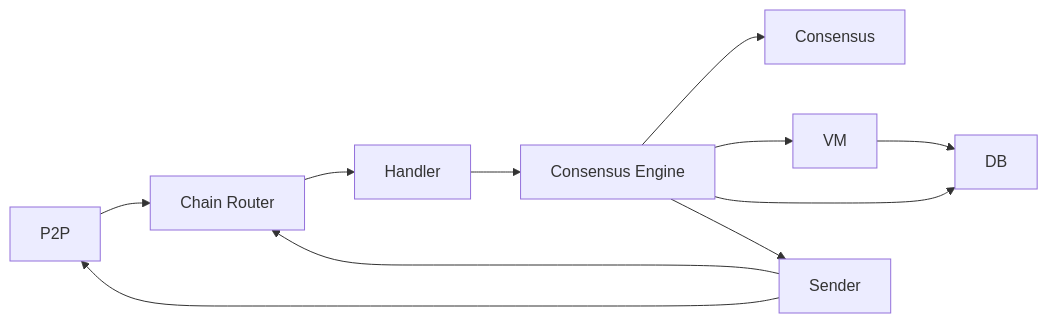
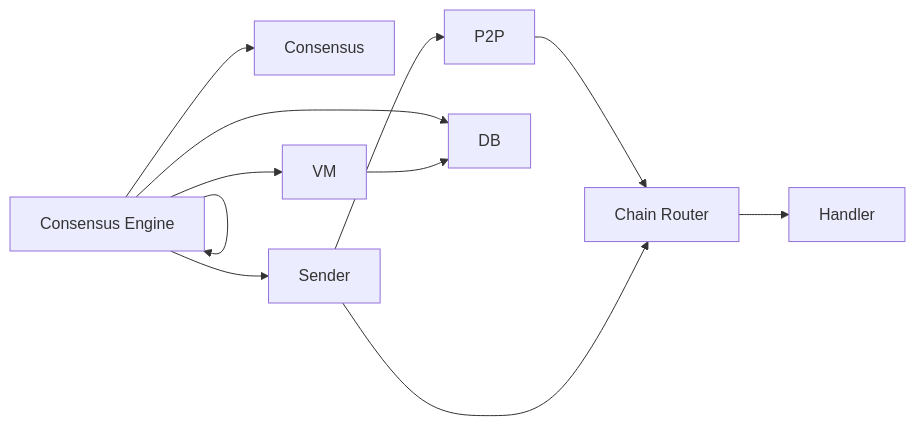
Before and after one commit to DioneProtocol/odysseygo: the diagram in snow/README.md, drawn with Mermaid. The commit also changed other lines of this file and 601 other files, not shown here.

````diff
--- a/snow/README.md
+++ b/snow/README.md
@@ -3,13 +3,13 @@
 ```mermaid
 graph LR
     A[P2P] --> B[Chain Router]
     B --> C[Handler]
-    C --> D[Consensus Engine]
+    D --> D[Consensus Engine]
     D --> E[Consensus]
     D --> F[VM]
     D --> G[DB]
     D --> I[Sender]
     F --> G
     I --> A
     I --> B 
 ```
````
